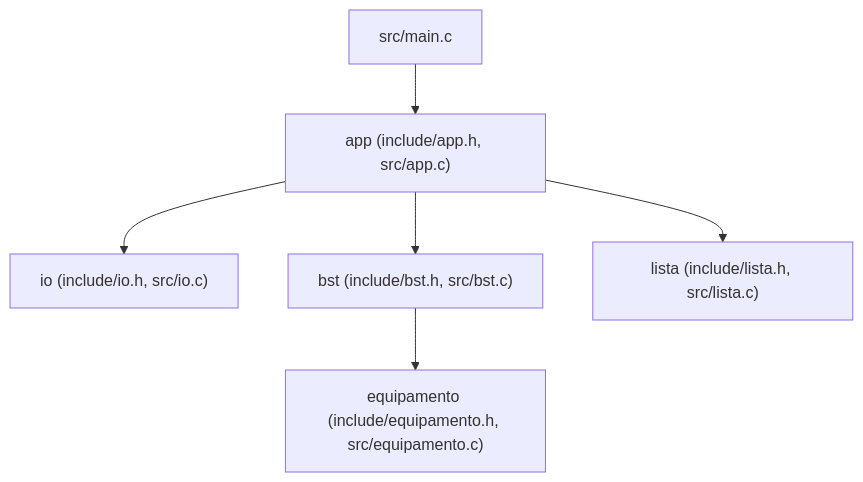
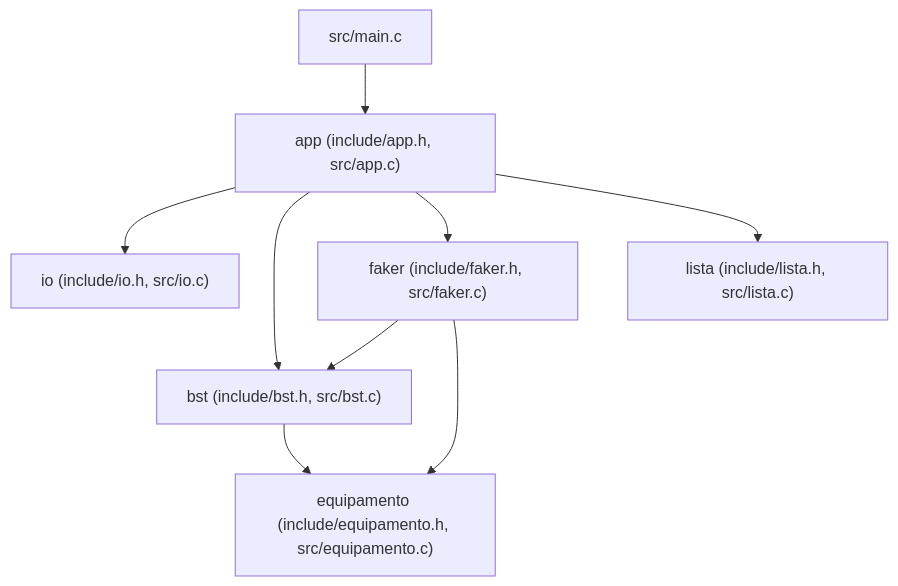
One commit to o-gariba/projeto-estrutura-dados-fatec changed the diagram in README.md. Above: the diagram before and after it, drawn with Mermaid. The commit also changed other lines of this file and 1 other file, not shown here.

````diff
--- a/README.md
+++ b/README.md
@@ -62,8 +64,11 @@
 ```mermaid
 flowchart TD
     main["src/main.c"] --> app["app (include/app.h, src/app.c)"]
     app --> io["io (include/io.h, src/io.c)"]
     app --> bst["bst (include/bst.h, src/bst.c)"]
+    app --> faker["faker (include/faker.h, src/faker.c)"]
     app --> lista["lista (include/lista.h, src/lista.c)"]
+    faker --> bst
+    faker --> eq
     bst --> eq["equipamento (include/equipamento.h, src/equipamento.c)"]
 ```
````
